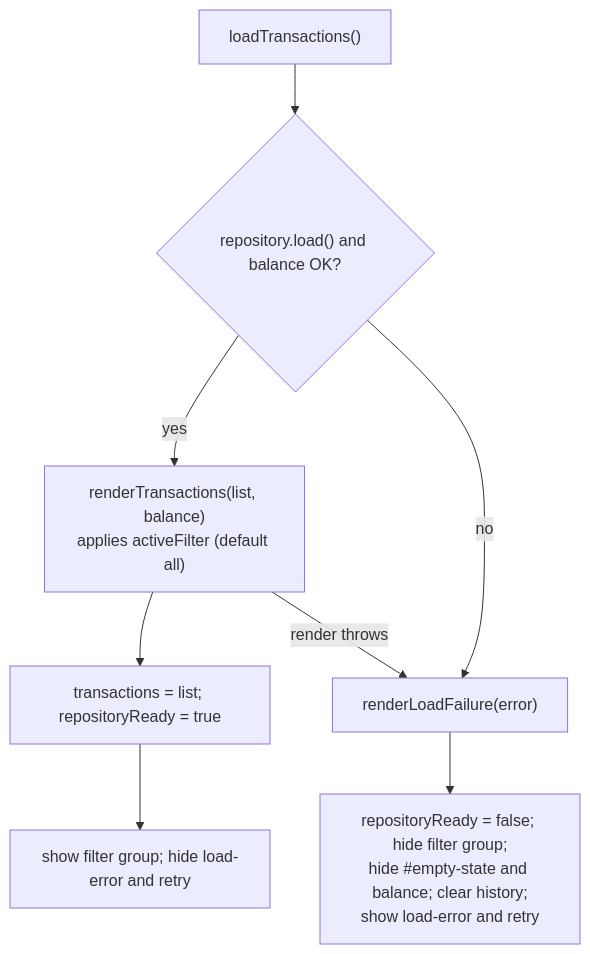
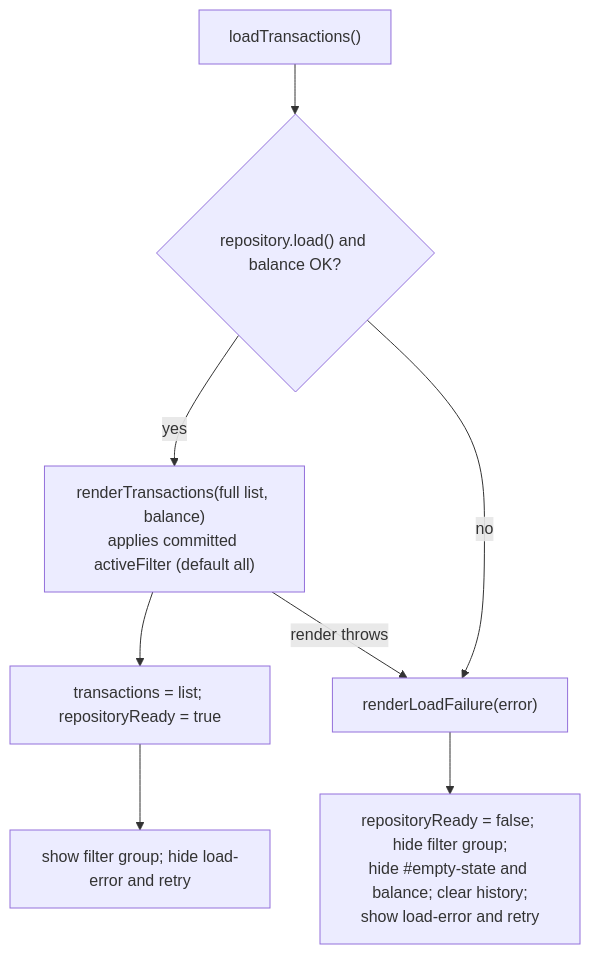
One commit to shivkantkumar098/claude changed the fourth of 4 diagrams in .claude/AgentOutput/AG-10-4/architecture.md. Above: the diagram before and after it, drawn with Mermaid. The commit also changed other lines of this file and 1 other file, not shown here.

Commit message:
AG-10 Stage 3: design review and architecture amendment (run AG-10-4)

````diff
--- a/.claude/AgentOutput/AG-10-4/architecture.md
+++ b/.claude/AgentOutput/AG-10-4/architecture.md
@@ -194,10 +210,10 @@
 ```mermaid
 flowchart TD
   A["loadTransactions()"] --> B{"repository.load() and balance OK?"}
-  B -- yes --> C["renderTransactions(list, balance)<br/>applies activeFilter (default all)"]
+  B -- yes --> C["renderTransactions(full list, balance)<br/>applies committed activeFilter (default all)"]
   C --> D["transactions = list; repositoryReady = true"]
   D --> E["show filter group; hide load-error and retry"]
   B -- no --> F["renderLoadFailure(error)"]
   F --> G["repositoryReady = false; hide filter group;<br/>hide #empty-state and balance; clear history;<br/>show load-error and retry"]
   C -- "render throws" --> F
 ```
````
